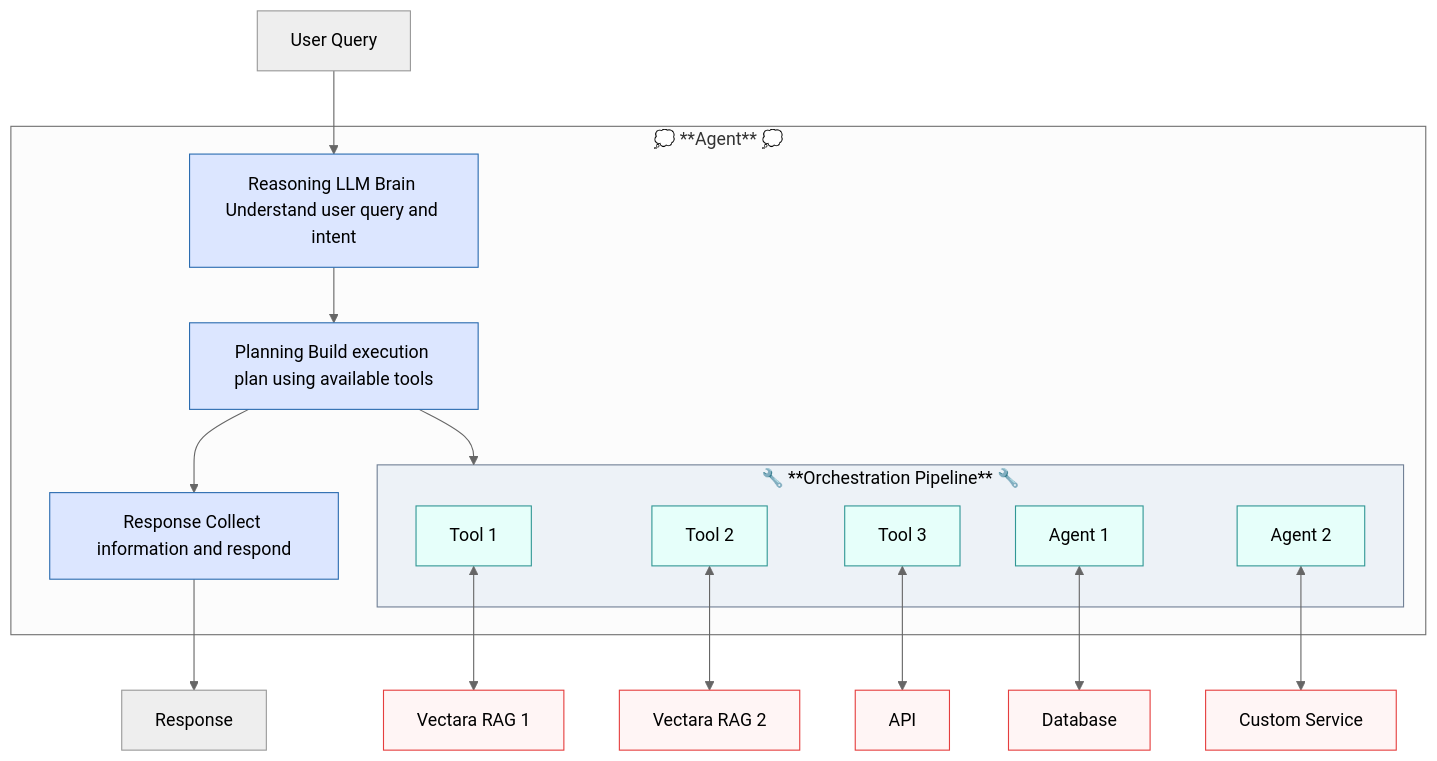
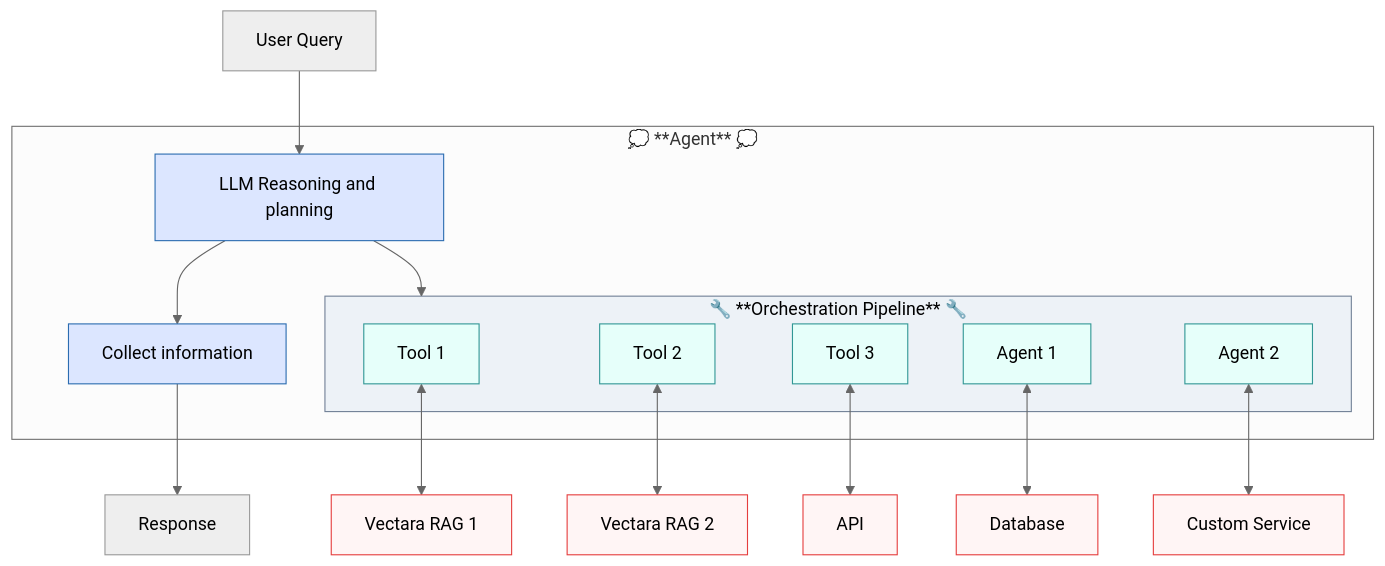
Before and after one commit to vectara/vectara-docs: the diagram in www/docs/agents/agents.md, drawn with Mermaid (neutral theme). The commit also changed other lines of this file and 8 other files, not shown here.

````diff
--- a/www/docs/agents/agents.md
+++ b/www/docs/agents/agents.md
@@ -13,46 +13,45 @@
 ```mermaid
 flowchart TD
     %% User Input and Response Flow
-    User[User Query] --> Reasoning[Reasoning LLM Brain Understand user query and intent]
-    Reasoning --> Planning[Planning Build execution plan using available tools]
-    Planning --> Response[Response Collect information and respond]
+    User[User Query] --> LLM[LLM Reasoning and planning]
+
+    LLM --> Response[Collect information]
     Response --> Output[Response]
 
     %% Orchestration Flow
-    Planning --> OP
+    LLM --> OP
 
     %% Tools and Agents in Orchestration Pipeline
     subgraph OP[🔧 **Orchestration Pipeline** 🔧]
         Tool1[Tool 1]
         Tool2[Tool 2]
         Tool3[Tool 3]
         Agent1[Agent 1]
         Agent2[Agent 2]
     end
 
     %% Orchestration pipeline links outside agent
-    
+
     Tool1 <--> RAG1[Vectara RAG 1]
     Tool2 <--> RAG2[Vectara RAG 2]
     Tool3 <--> API[API]
     Agent1 <--> DB[Database]
     Agent2 <--> Custom[Custom Service]
 
     %% Grouping
     subgraph Agent [💭 **Agent** 💭]
-        Reasoning
-        Planning
+        LLM
         Response
         OP
     end
 
     classDef llm fill:#DCE6FF,stroke:#2B6CB0,color:#000;
     classDef pipeline fill:#EDF2F7,stroke:#718096,color:#000;
     classDef tools fill:#E6FFFA,stroke:#319795,color:#000;
     classDef sources fill:#FFF5F5,stroke:#E53E3E,color:#000;
 
-    class Reasoning,Planning,Response llm;
+    class LLM,Response llm;
     class OP pipeline;
     class Tool1,Tool2,Tool3,Agent1,Agent2 tools;
     class RAG1,RAG2,API,DB,Custom sources;
 ```
````
